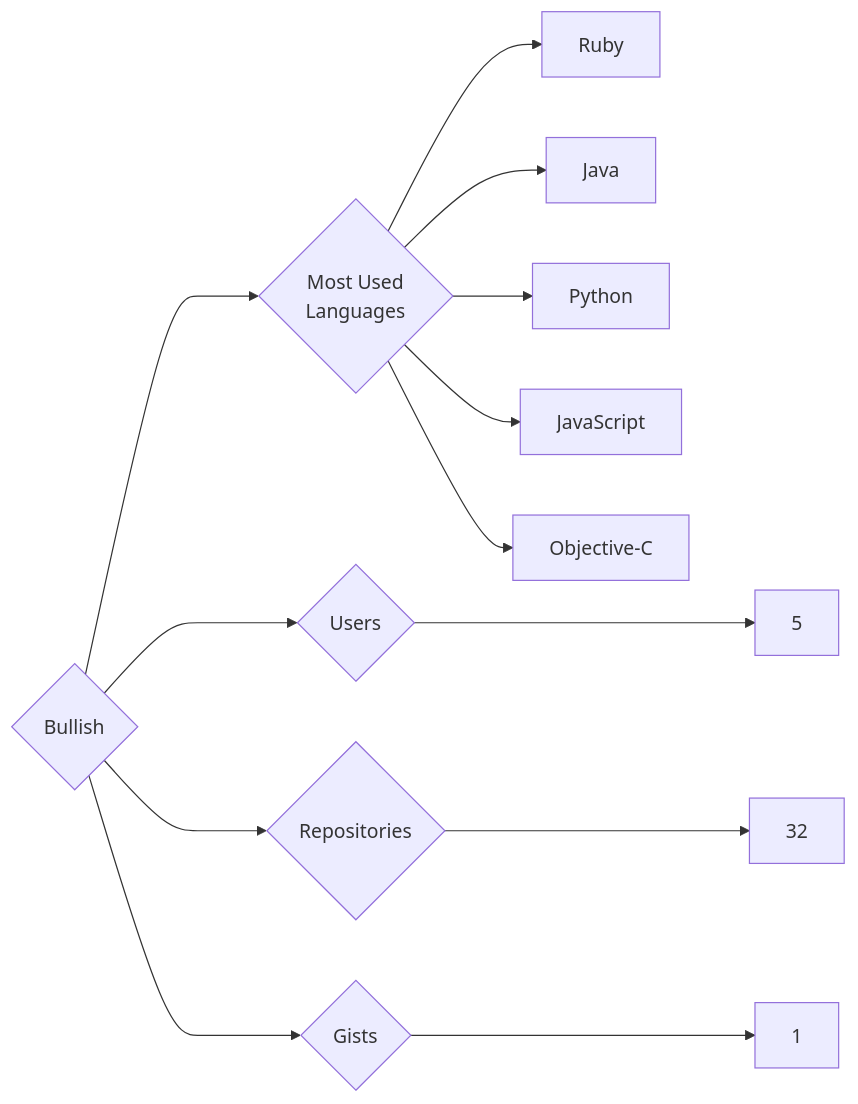
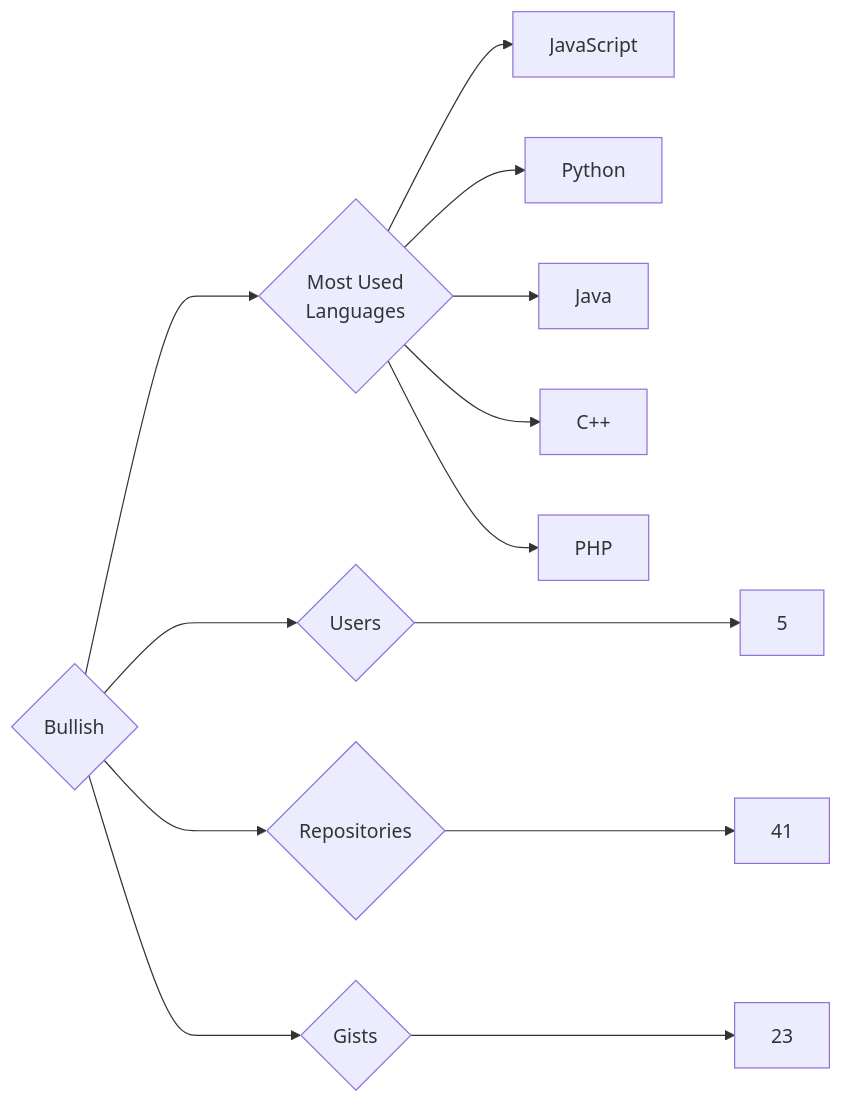
Before and after one commit to trickest/insiders: the diagram in targets/Bullish/README.md, drawn with Mermaid. The commit also changed 1170 other files, not shown here.

````diff
--- a/targets/Bullish/README.md
+++ b/targets/Bullish/README.md
@@ -3,13 +3,13 @@
 ```mermaid
 graph LR
 COMPANY_NAME{Bullish}
 COMPANY_NAME ---> U{Users} ---> UN[5]
-COMPANY_NAME ---> R{Repositories} ---> RN[32]
-COMPANY_NAME ---> G{Gists} ---> GN[1]
+COMPANY_NAME ---> R{Repositories} ---> RN[41]
+COMPANY_NAME ---> G{Gists} ---> GN[23]
 COMPANY_NAME ---> ML{Most Used<br>Languages}
-ML --> Ruby[Ruby]
+ML --> JavaScript[JavaScript]
+ML --> Python[Python]
 ML --> Java[Java]
-ML --> Python[Python]
-ML --> JavaScript[JavaScript]
-ML --> Objective-C[Objective-C]
+ML --> C++[C++]
+ML --> PHP[PHP]
 ```
````
